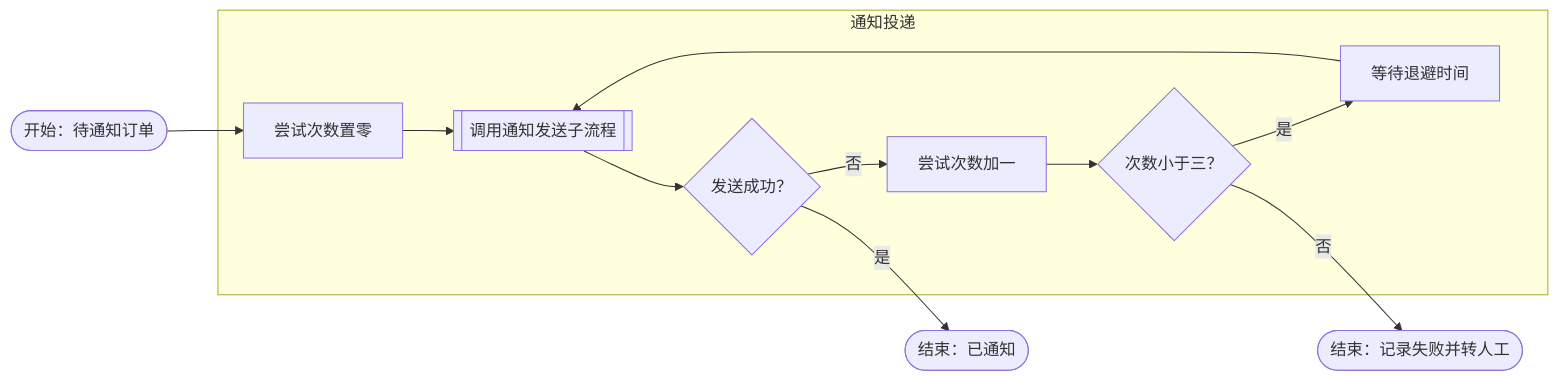
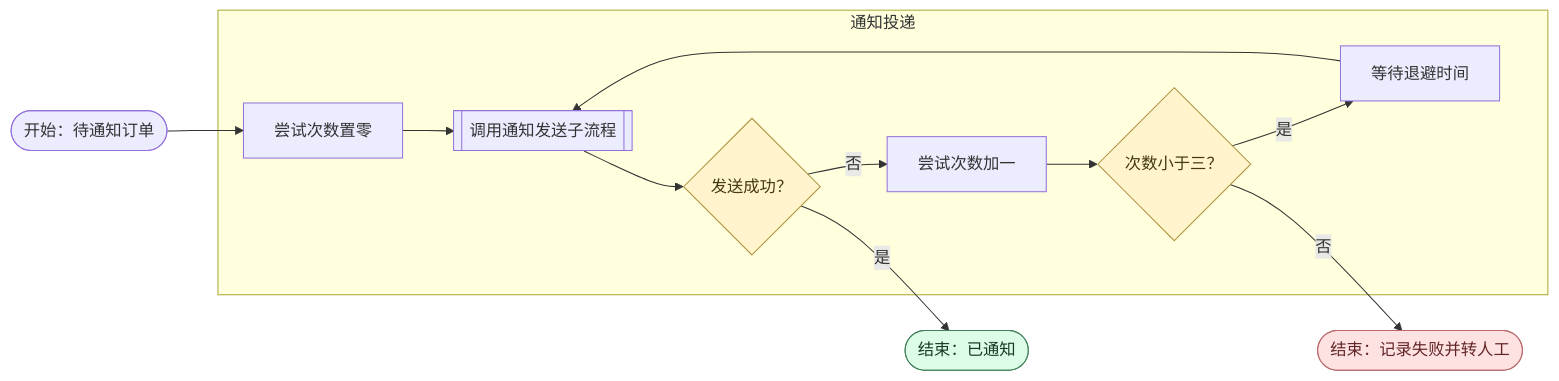
The second of 2 diagrams in skills/engineering/render-flowcharts/assets/example.md (iibobo/skills), drawn with Mermaid before and after one commit. The commit also changed other lines of this file and 20 other files, not shown here.

````diff
--- a/skills/engineering/render-flowcharts/assets/example.md
+++ b/skills/engineering/render-flowcharts/assets/example.md
@@ -28,14 +26,20 @@
 ```mermaid
 flowchart LR
     Start(["开始：待通知订单"]) --> Init["尝试次数置零"]
     subgraph Delivery["通知投递"]
         Init --> Send[["调用通知发送子流程"]]
         Send --> Sent{"发送成功？"}
         Sent -->|否| Count["尝试次数加一"]
         Count --> Retry{"次数小于三？"}
         Retry -->|是| Wait["等待退避时间"]
         Wait --> Send
     end
     Sent -->|是| Done(["结束：已通知"])
     Retry -->|否| Manual(["结束：记录失败并转人工"])
+    classDef success fill:#dcfce7,stroke:#42815a,color:#173a25
+    classDef failure fill:#fee2e2,stroke:#b86a6a,color:#622525
+    classDef decision fill:#fff4cc,stroke:#ae9342,color:#443912
+    class Done success
+    class Manual failure
+    class Sent,Retry decision
 ```
````
